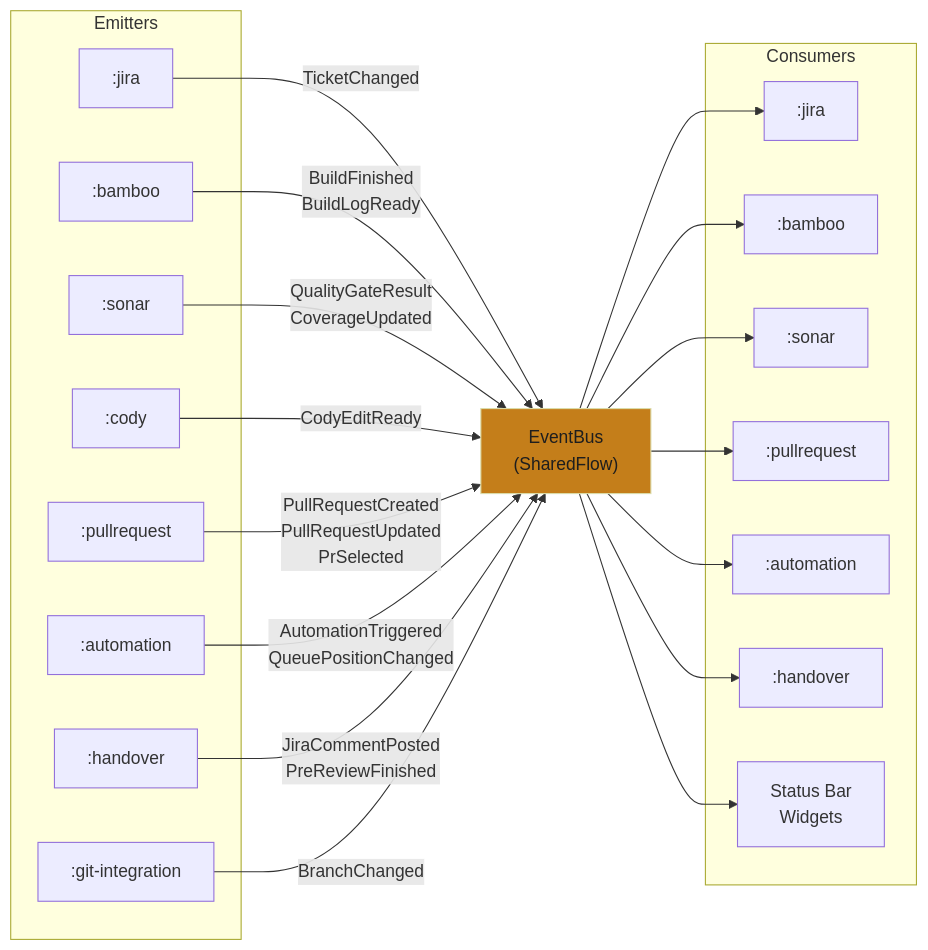
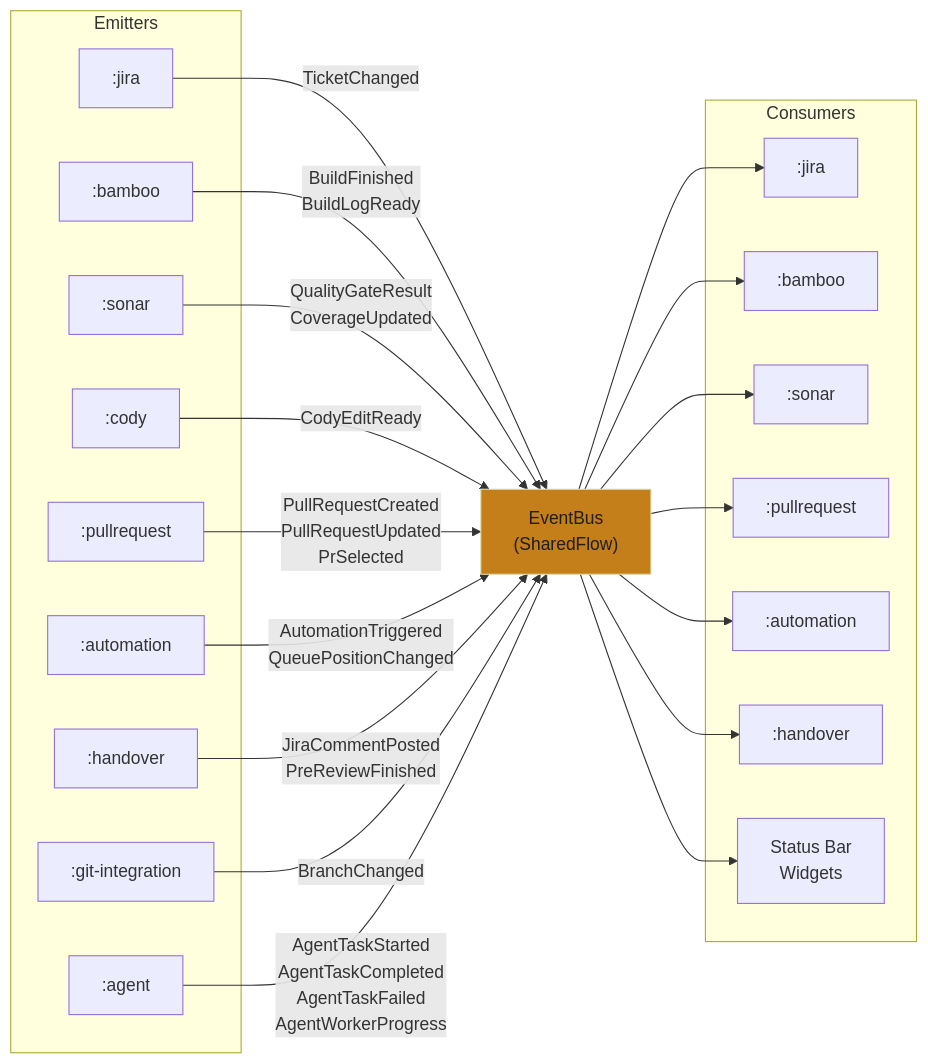
The second of 2 diagrams in docs/architecture/module-structure.md (thenerdygeek/intellij-workflow-orchestrator), drawn with Mermaid before and after one commit. The commit also changed other lines of this file and 7 other files, not shown here.

Commit message:
docs: update architecture documentation for Phase 3 agentic AI — agent module, events, APIs, threading, UI

````diff
--- a/docs/architecture/module-structure.md
+++ b/docs/architecture/module-structure.md
@@ -104,44 +109,46 @@
 ```mermaid
 flowchart LR
     subgraph Emitters
         J[":jira"]
         B[":bamboo"]
         S[":sonar"]
         C[":cody"]
         P[":pullrequest"]
         A[":automation"]
         H[":handover"]
         G[":git-integration"]
+        AG[":agent"]
     end
 
     EB["EventBus<br/>(SharedFlow)"]
 
     subgraph Consumers
         J2[":jira"]
         B2[":bamboo"]
         S2[":sonar"]
         P2[":pullrequest"]
         A2[":automation"]
         H2[":handover"]
         UI["Status Bar<br/>Widgets"]
     end
 
     J -->|TicketChanged| EB
     B -->|BuildFinished<br/>BuildLogReady| EB
     S -->|QualityGateResult<br/>CoverageUpdated| EB
     C -->|CodyEditReady| EB
     P -->|PullRequestCreated<br/>PullRequestUpdated<br/>PrSelected| EB
     A -->|AutomationTriggered<br/>QueuePositionChanged| EB
     H -->|JiraCommentPosted<br/>PreReviewFinished| EB
     G -->|BranchChanged| EB
+    AG -->|AgentTaskStarted<br/>AgentTaskCompleted<br/>AgentTaskFailed<br/>AgentWorkerProgress| EB
 
     EB --> J2
     EB --> B2
     EB --> S2
     EB --> P2
     EB --> A2
     EB --> H2
     EB --> UI
 
     style EB fill:#c47e1a,stroke:#dcdcaa,color:#1e1e1e
 ```
````
